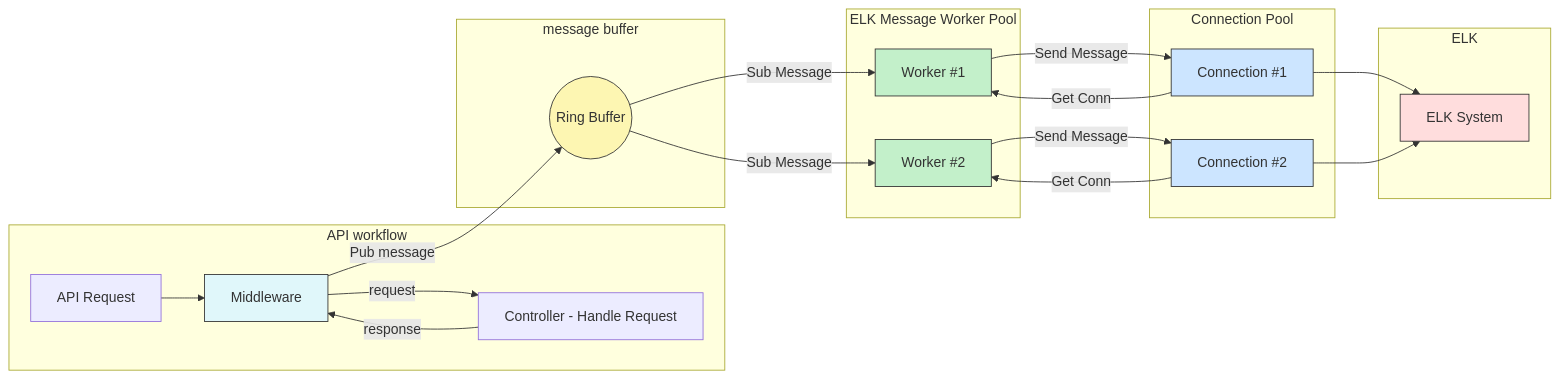
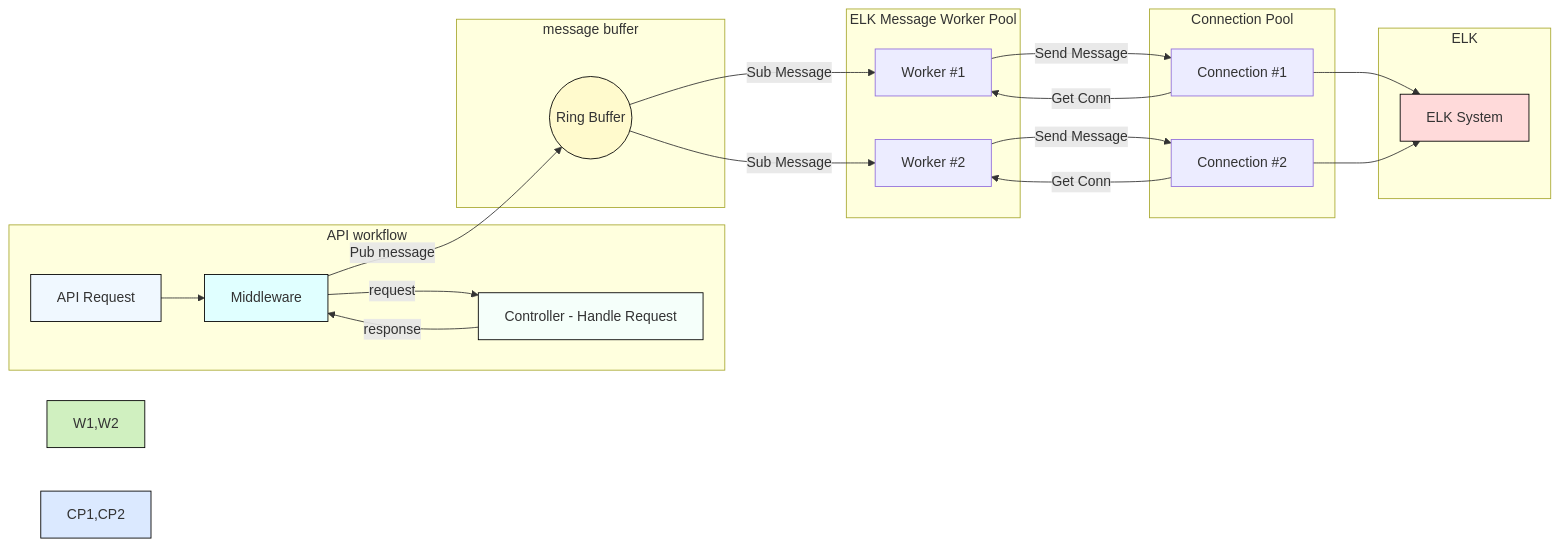
Before and after one commit to wun-yu-lin/Taipei-City-Dashboard: the diagram in README.md, drawn with Mermaid.

````diff
--- a/README.md
+++ b/README.md
@@ -58,50 +58,48 @@
 ```mermaid
 
 flowchart LR
   subgraph API workflow
     A[API Request]
     B[Middleware]
     C[Controller - Handle Request]
     A --> B
     B --request--> C
     C --response--> B
   end
 
   subgraph message buffer
     B -- Pub message --> R((Ring Buffer))
   end
 
   subgraph Worker Pool[ELK Message Worker Pool]
     W1[Worker #1]
     W2[Worker #2]
     R -- Sub Message --> W1
     R -- Sub Message --> W2
   end
 
   subgraph Connection Pool
     CP1[Connection #1]
     CP2[Connection #2]
   end
 
   subgraph ELK
     E[ELK System]
   end
 
   CP1 -- Get Conn --> W1
   CP2 -- Get Conn --> W2
   W1 -- Send Message --> CP1
   W2 -- Send Message --> CP2
   CP1 --> E
   CP2 --> E
 
-  classDef buffer fill:#fdf6b2,stroke:#333,stroke-width:1px;
-  class R buffer;
-  classDef worker fill:#c3f0ca,stroke:#333,stroke-width:1px;
-  class W1,W2 worker;
-  classDef conn fill:#cce5ff,stroke:#333,stroke-width:1px;
-  class CP1,CP2 conn;
-  classDef elk fill:#fdd,stroke:#333,stroke-width:1px;
-  class E elk;
-  classDef middleware fill:#e0f7fa,stroke:#333,stroke-width:1px;
-  class B middleware;
+  %% Style Adjustments
+  style A fill:#f0f8ff,stroke:#000,fontSize:14px
+  style B fill:#e0ffff,stroke:#000,fontSize:14px
+  style C fill:#f5fffa,stroke:#000,fontSize:14px
+  style R fill:#fffacd,stroke:#000,fontSize:14px
+  style W1,W2 fill:#d0f0c0,stroke:#000,fontSize:14px
+  style CP1,CP2 fill:#dbe9ff,stroke:#000,fontSize:14px
+  style E fill:#ffdada,stroke:#000,fontSize:14px
 ```
````
